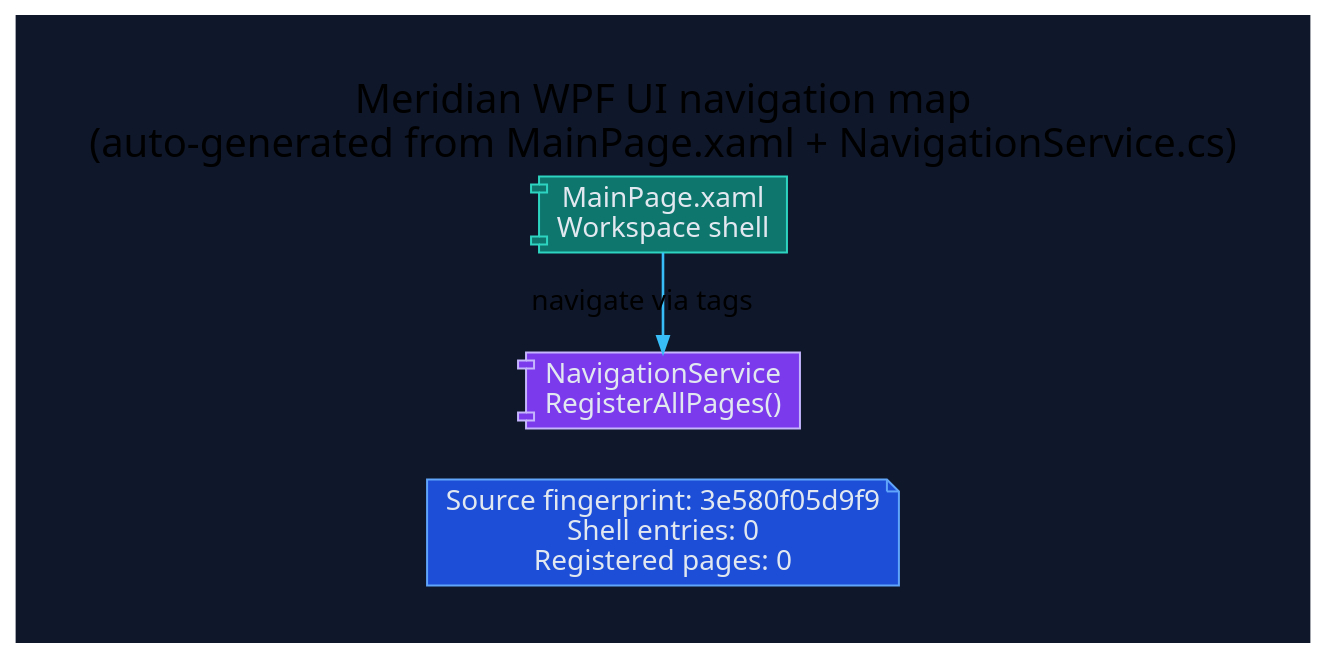
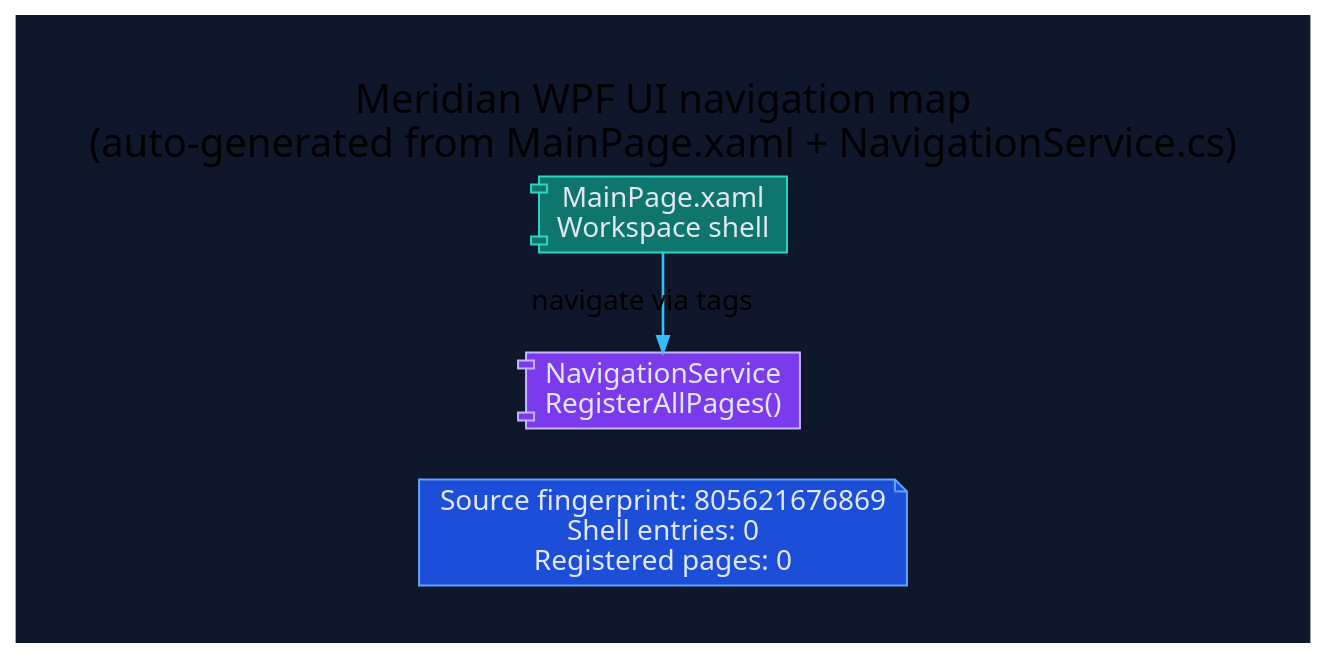
The diagram in docs/diagrams/ui-navigation-map.dot (rodoHasArrived/Meridian-main), drawn with Graphviz before and after one commit. The commit also changed 5 other files, not shown here.

Commit message:
docs(diagrams): regenerate diagram artifacts from sources

```diff
--- a/docs/diagrams/ui-navigation-map.dot
+++ b/docs/diagrams/ui-navigation-map.dot
@@ -1,27 +1,27 @@
 // -----------------------------------------------------------------------------
 // <auto-generated>
 // Generated by scripts/generate-diagrams.mjs.
 // Do not edit this file directly; update the WPF source files instead.
 // -----------------------------------------------------------------------------
 digraph UiNavigationMap {
   graph [
     rankdir=LR,
     labelloc=t,
     label="Meridian WPF UI navigation map\n(auto-generated from MainPage.xaml + NavigationService.cs)",
     fontname="Segoe UI",
     fontsize=20,
     pad=0.4,
     nodesep=0.35,
     ranksep=1.0,
     bgcolor="#0f172a"
   ];
   node [fontname="Segoe UI", shape=box, style="rounded,filled", color="#475569", fontcolor="#e2e8f0", fillcolor="#1e293b"];
   edge [fontname="Segoe UI", color="#94a3b8", penwidth=1.3, arrowsize=0.8];
 
-  generated [shape=note, fillcolor="#1d4ed8", color="#60a5fa", label="Source fingerprint: 3e580f05d9f9\nShell entries: 0\nRegistered pages: 0"];
+  generated [shape=note, fillcolor="#1d4ed8", color="#60a5fa", label="Source fingerprint: 805621676869\nShell entries: 0\nRegistered pages: 0"];
   shell [shape=component, fillcolor="#0f766e", color="#2dd4bf", label="MainPage.xaml\nWorkspace shell"];
   navigation [shape=component, fillcolor="#7c3aed", color="#c4b5fd", label="NavigationService\nRegisterAllPages()"];
   shell -> navigation [label="navigate via tags", color="#38bdf8"];
 
   { rank=min; generated; shell; navigation; }
 }
```
